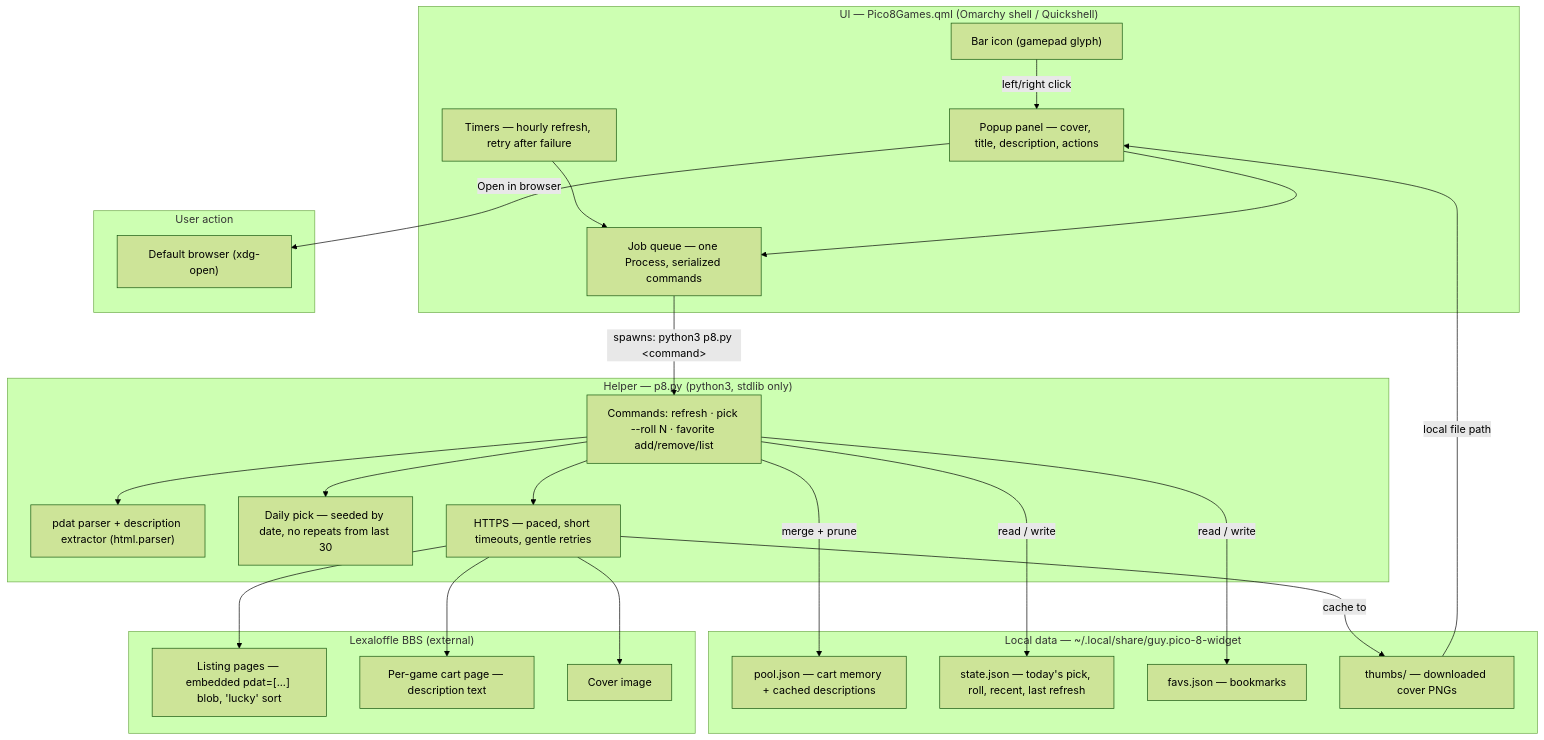
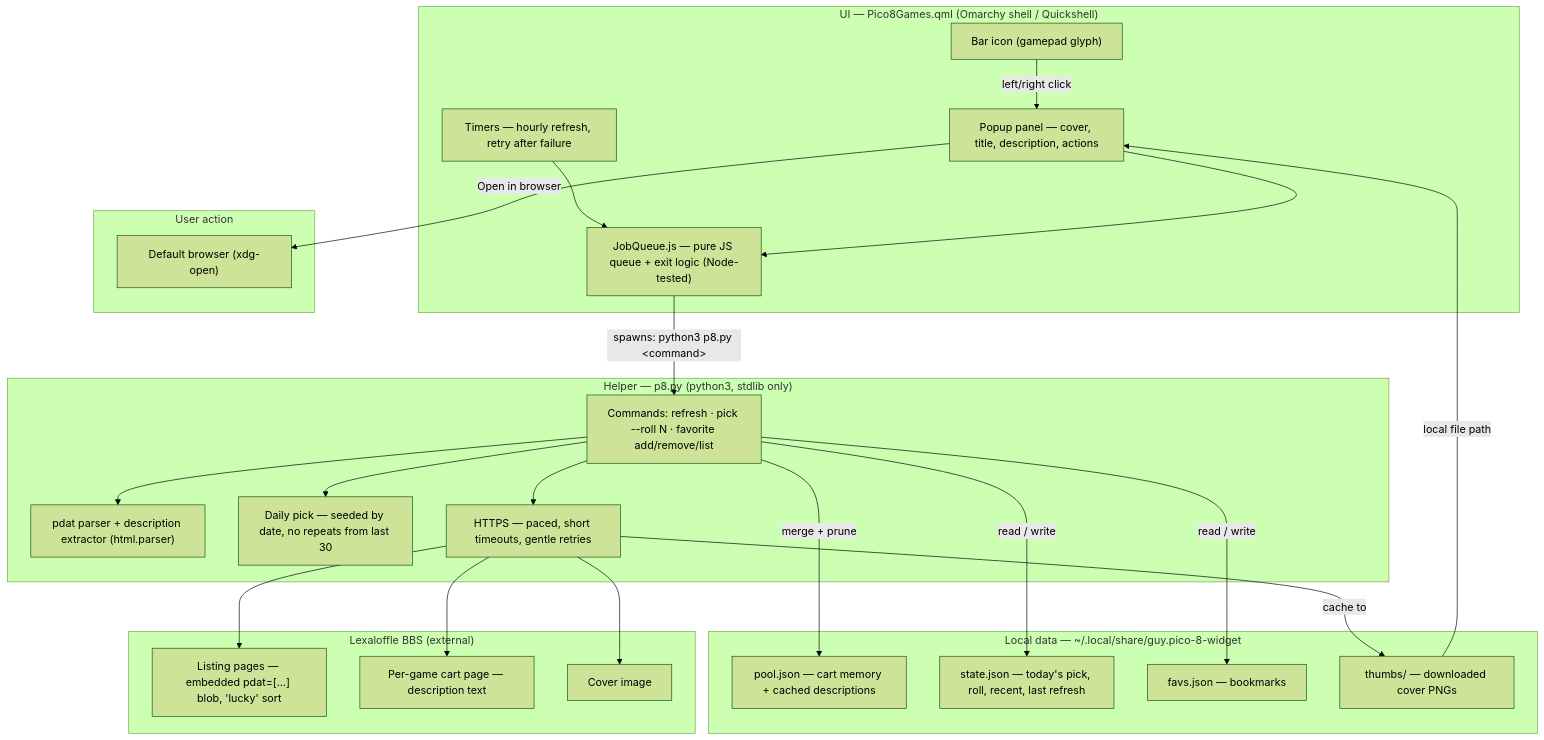
The first of 4 diagrams in docs/ARCHITECTURE.md (GuyKroizman/pico-8-widget), drawn with Mermaid (forest theme) before and after one commit. The commit also changed other lines of this file and 1 other file, not shown here.

Commit message:
Document JobQueue.js in architecture docs and layout

````diff
--- a/docs/ARCHITECTURE.md
+++ b/docs/ARCHITECTURE.md
@@ -25,50 +28,50 @@
 ```mermaid
 flowchart TB
     subgraph UI["UI — Pico8Games.qml (Omarchy shell / Quickshell)"]
         icon["Bar icon (gamepad glyph)"]
         popup["Popup panel — cover, title, description, actions"]
         timers["Timers — hourly refresh, retry after failure"]
-        queue["Job queue — one Process, serialized commands"]
+        queue["JobQueue.js — pure JS queue + exit logic (Node-tested)"]
         icon -->|"left/right click"| popup
         timers --> queue
         popup --> queue
     end
 
     subgraph HELPER["Helper — p8.py (python3, stdlib only)"]
         cmds["Commands: refresh · pick --roll N · favorite add/remove/list"]
         parser["pdat parser + description extractor (html.parser)"]
         pick["Daily pick — seeded by date, no repeats from last 30"]
         net["HTTPS — paced, short timeouts, gentle retries"]
         cmds --> parser
         cmds --> pick
         cmds --> net
     end
 
     subgraph DISK["Local data — ~/.local/share/guy.pico-8-widget"]
         pool["pool.json — cart memory + cached descriptions"]
         state["state.json — today's pick, roll, recent, last refresh"]
         favs["favs.json — bookmarks"]
         thumbs["thumbs/ — downloaded cover PNGs"]
     end
 
     subgraph SITE["Lexaloffle BBS (external)"]
         lucky["Listing pages — embedded pdat=[...] blob, 'lucky' sort"]
         cartpage["Per-game cart page — description text"]
         cover["Cover image"]
     end
 
     subgraph LAUNCH["User action"]
         browser["Default browser (xdg-open)"]
     end
 
     queue -->|"spawns: python3 p8.py &lt;command&gt;"| cmds
     net --> lucky
     net --> cartpage
     net --> cover
     cmds -->|"merge + prune"| pool
     cmds -->|"read / write"| state
     cmds -->|"read / write"| favs
     net -->|"cache to"| thumbs
     thumbs -->|"local file path"| popup
     popup -->|"Open in browser"| browser
 ```
````
